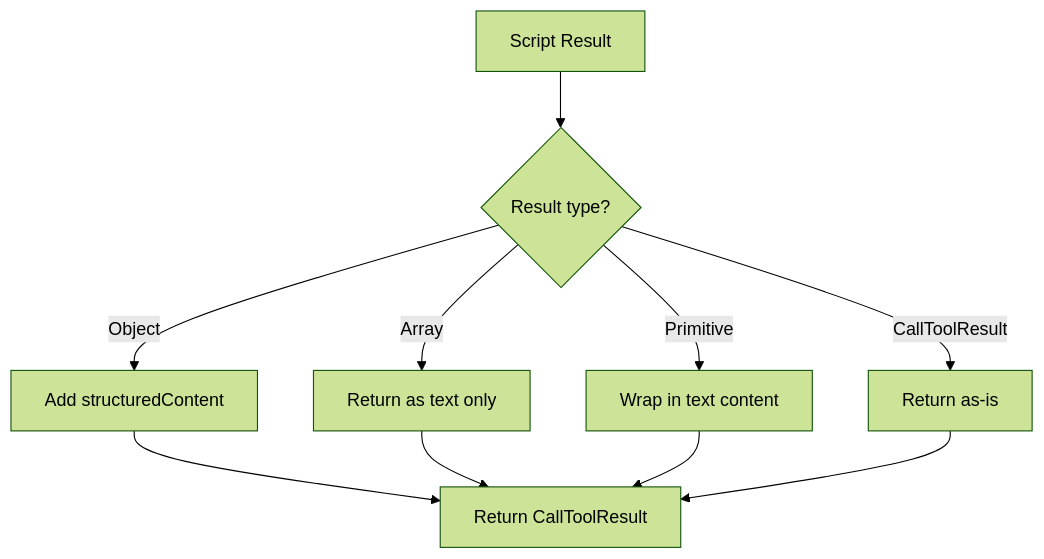
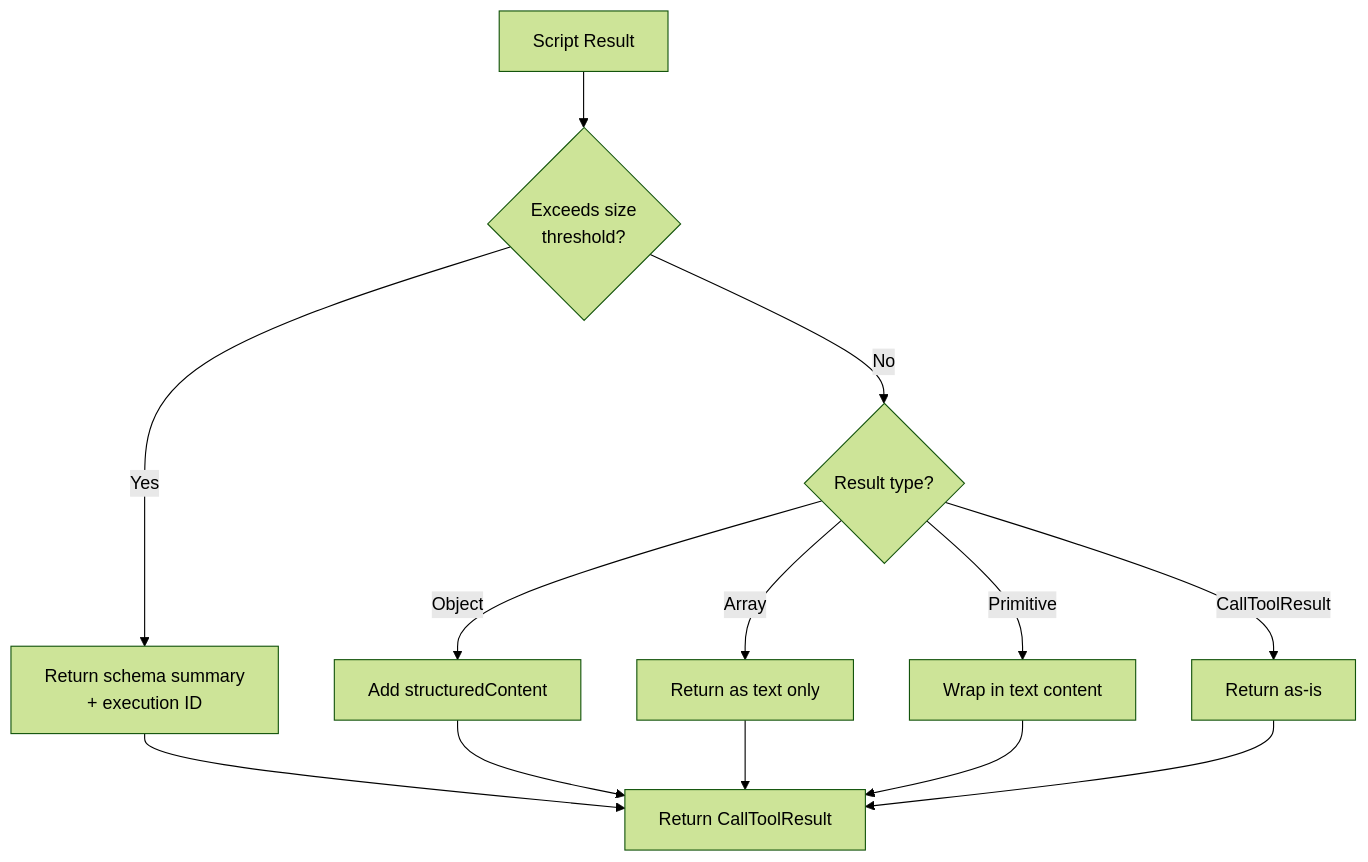
Before and after one commit to karashiiro/my-cool-proxy: the fourth of 4 diagrams in docs/design/lua-runtime.md, drawn with Mermaid (forest theme). The commit also changed other lines of this file and 8 other files, not shown here.

````diff
--- a/docs/design/lua-runtime.md
+++ b/docs/design/lua-runtime.md
@@ -272,13 +273,16 @@
 ```mermaid
 flowchart TB
-    Result["Script Result"] --> Check{"Result type?"}
+    Result["Script Result"] --> SizeCheck{"Exceeds size\nthreshold?"}
+    SizeCheck -->|Yes| Offload["Return schema summary\n+ execution ID"]
+    SizeCheck -->|No| Check{"Result type?"}
     Check -->|"CallToolResult"| AsIs["Return as-is"]
     Check -->|"Object"| Structured["Add structuredContent"]
     Check -->|"Array"| TextOnly["Return as text only"]
     Check -->|"Primitive"| Wrap["Wrap in text content"]
 
-    Structured --> Return["Return CallToolResult"]
+    Offload --> Return["Return CallToolResult"]
+    Structured --> Return
     TextOnly --> Return
     Wrap --> Return
     AsIs --> Return
 ```
````
